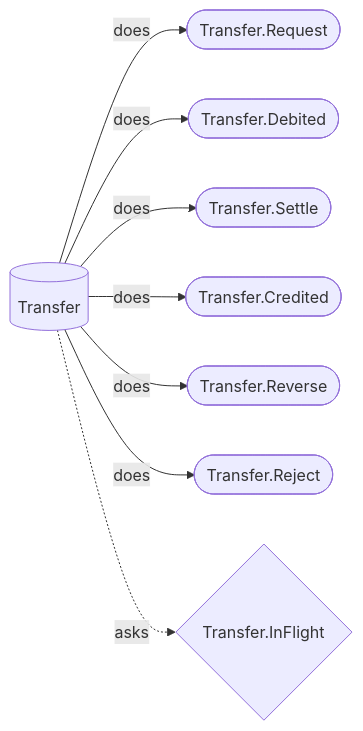
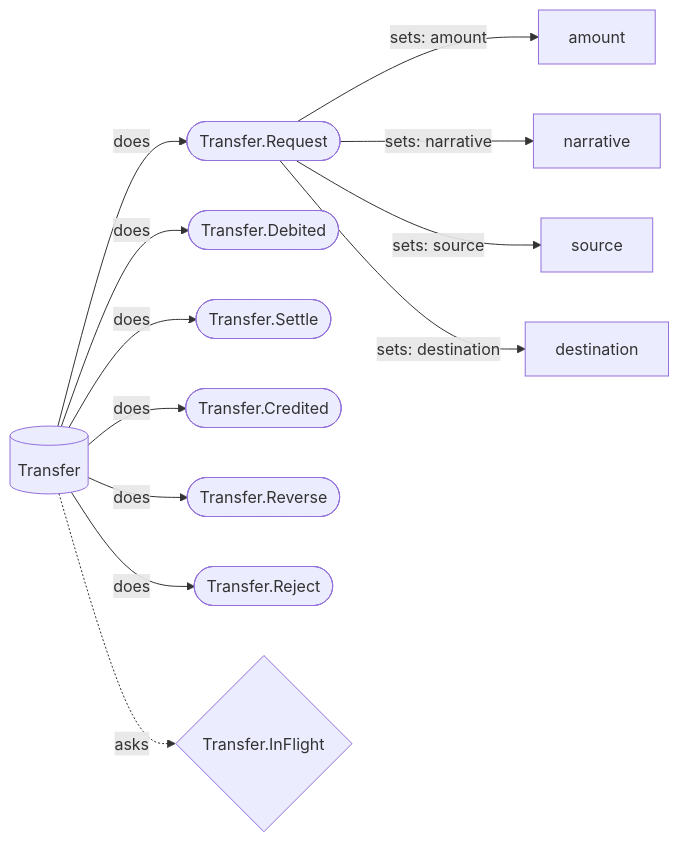
One commit to chrisyoung/hecks changed the diagram in docs/generated/diagrams/banking/Transfer_surface.mmd. Above: the diagram before and after it, drawn with Mermaid. The commit also changed 16 other files, not shown here.

```diff
--- a/docs/generated/diagrams/banking/Transfer_surface.mmd
+++ b/docs/generated/diagrams/banking/Transfer_surface.mmd
@@ -1,10 +1,14 @@
-%% GENERATED by bin/project_diagrams from Transfer's own declared commands and queries — DO NOT EDIT BY HAND.
+%% GENERATED by bin/project_diagrams from Transfer's own declared commands (and what each writes) and queries — DO NOT EDIT BY HAND.
 %% Re-run `bin/project_diagrams <domain-path> Banking` after any change.
 flowchart LR
     Transfer[(Transfer)] -->|does| cmd_Transfer_Request(["Transfer.Request"])
     Transfer[(Transfer)] -->|does| cmd_Transfer_Debited(["Transfer.Debited"])
     Transfer[(Transfer)] -->|does| cmd_Transfer_Settle(["Transfer.Settle"])
     Transfer[(Transfer)] -->|does| cmd_Transfer_Credited(["Transfer.Credited"])
     Transfer[(Transfer)] -->|does| cmd_Transfer_Reverse(["Transfer.Reverse"])
     Transfer[(Transfer)] -->|does| cmd_Transfer_Reject(["Transfer.Reject"])
+    cmd_Transfer_Request(["Transfer.Request"]) -->|"sets: amount"| attr_Transfer_amount[amount]
+    cmd_Transfer_Request(["Transfer.Request"]) -->|"sets: narrative"| attr_Transfer_narrative[narrative]
+    cmd_Transfer_Request(["Transfer.Request"]) -->|"sets: source"| attr_Transfer_source[source]
+    cmd_Transfer_Request(["Transfer.Request"]) -->|"sets: destination"| attr_Transfer_destination[destination]
     Transfer[(Transfer)] -.->|asks| qry_Transfer_InFlight{"Transfer.InFlight"}
```
